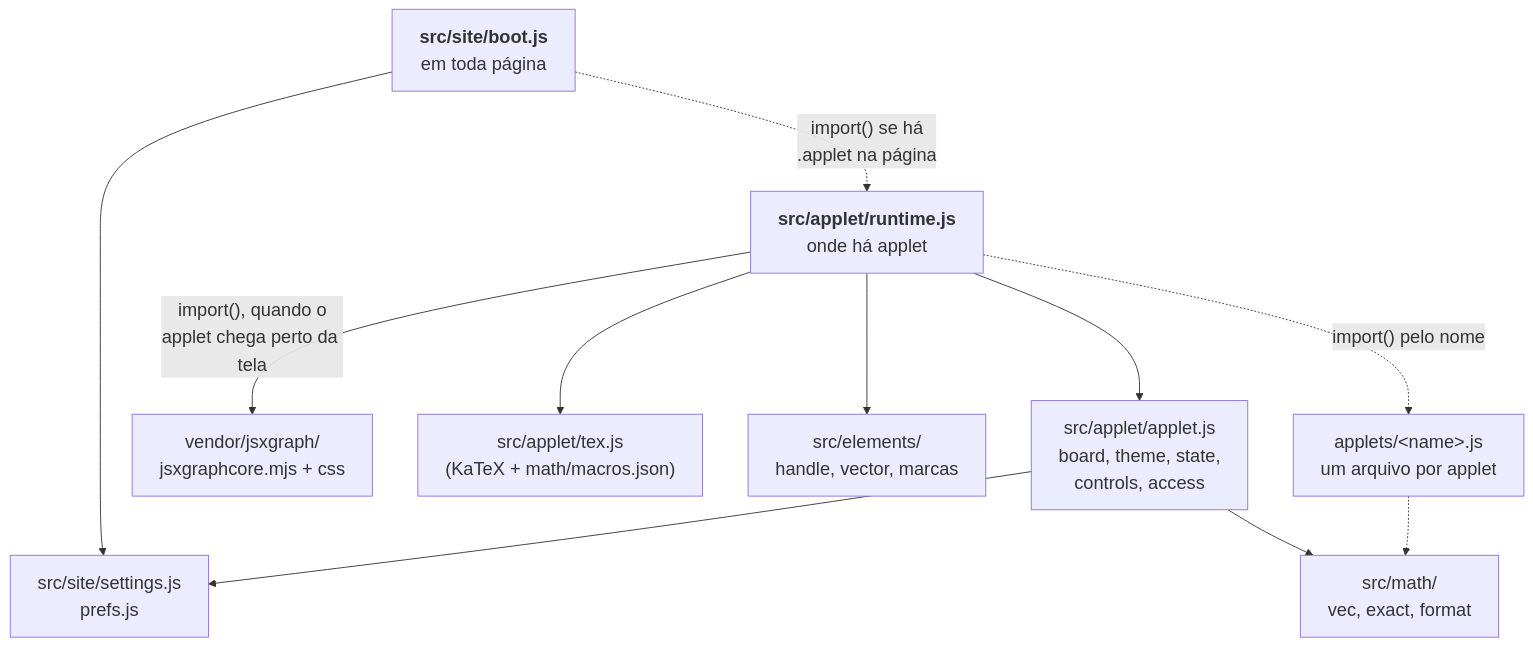
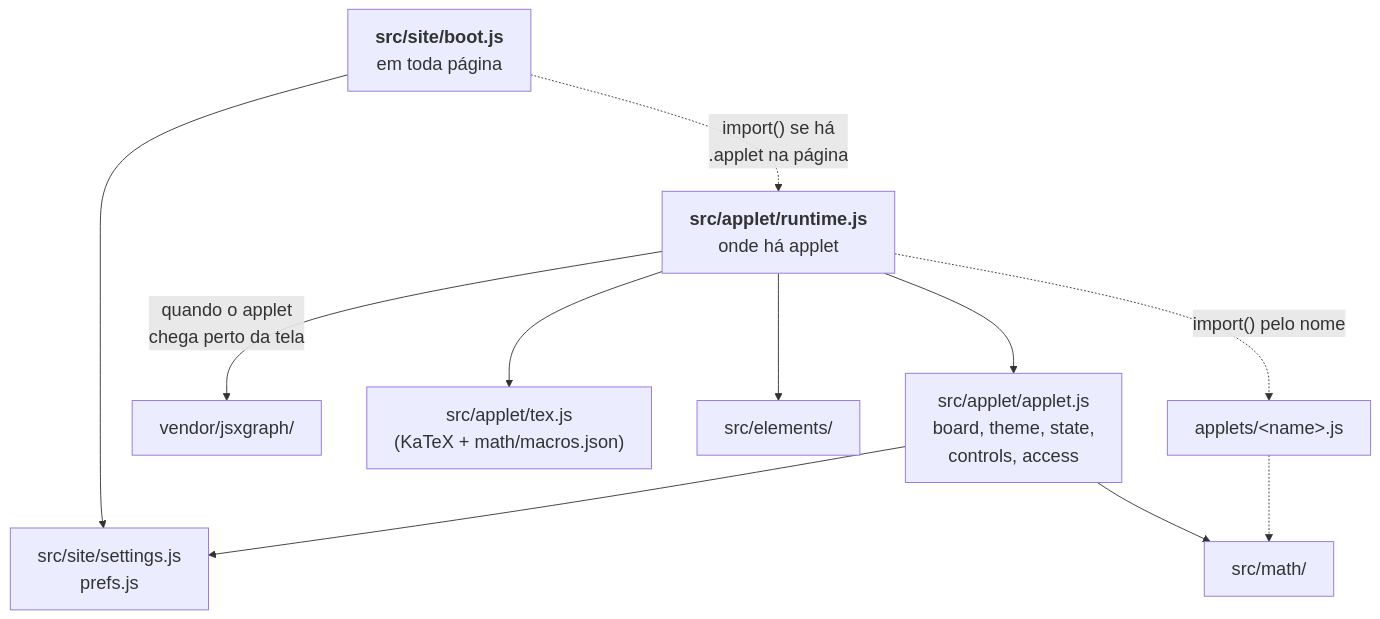
Before and after one commit to lcmerlo/livro-online-fcg: the second of 3 diagrams in _interno/diretrizes/arquitetura.md, drawn with Mermaid. The commit also changed other lines of this file and 8 other files, not shown here.

````diff
--- a/_interno/diretrizes/arquitetura.md
+++ b/_interno/diretrizes/arquitetura.md
@@ -347,24 +148,24 @@
 ```mermaid
 %%{init: {"themeVariables": {"fontSize": "20px"}, "flowchart": {"wrappingWidth": 420}}}%%
 flowchart TD
     boot["<b>src/site/boot.js</b><br/>em toda página"]
     runtime["<b>src/applet/runtime.js</b><br/>onde há applet"]
-    jxg["vendor/jsxgraph/<br/>jsxgraphcore.mjs + css"]
+    jxg["vendor/jsxgraph/"]
     tex["src/applet/tex.js<br/>(KaTeX + math/macros.json)"]
-    elem["src/elements/<br/>handle, vector, marcas"]
+    elem["src/elements/"]
     applet["src/applet/applet.js<br/>board, theme, state,<br/>controls, access"]
-    novo["applets/&lt;name&gt;.js<br/>um arquivo por applet"]
-    math["src/math/<br/>vec, exact, format"]
+    novo["applets/&lt;name&gt;.js"]
+    math["src/math/"]
     painel["src/site/settings.js<br/>prefs.js"]
 
     boot --> painel
     boot -.->|"import() se há<br/>.applet na página"| runtime
-    runtime -->|"import(), quando o<br/>applet chega perto da tela"| jxg
+    runtime -->|"quando o applet<br/>chega perto da tela"| jxg
     runtime --> tex
     runtime --> elem
     runtime --> applet
     runtime -.->|"import() pelo nome"| novo
     applet --> painel
     applet --> math
     novo -.-> math
 ```
````
